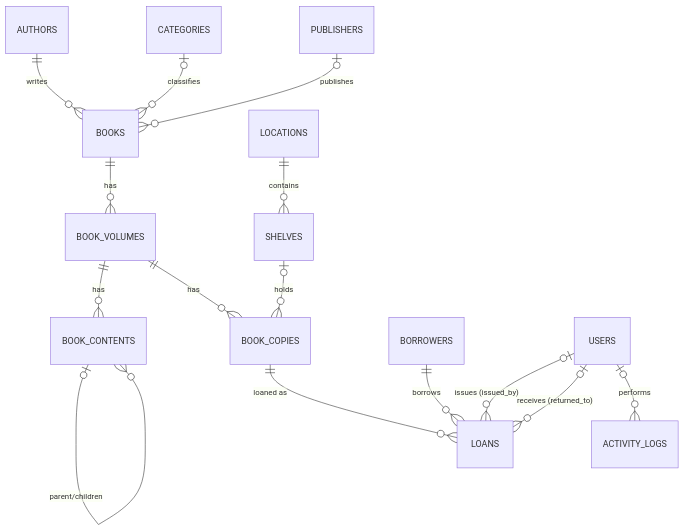
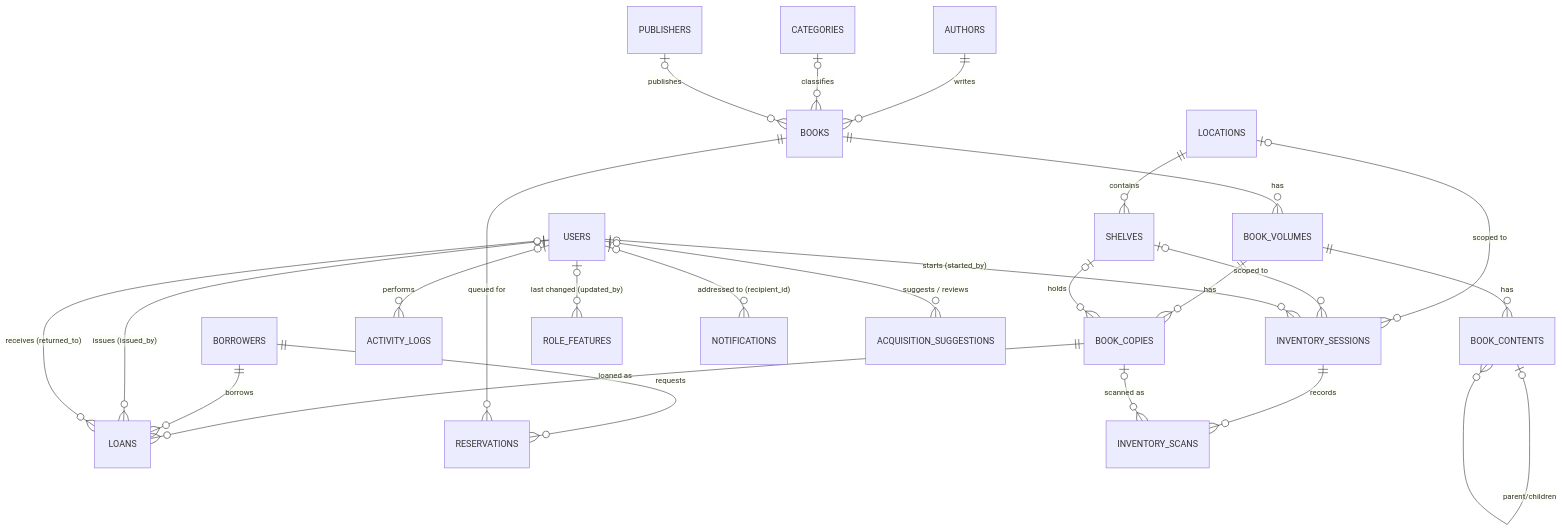
Before and after one commit to a-kabeer/madrasah_library: the diagram in docs/DATABASE.md, drawn with Mermaid. The commit also changed other lines of this file and 56 other files, not shown here.

First line of the commit message:
Audit steps 15-19: WCAG AA in both themes, a loadable schema, a README

````diff
--- a/docs/DATABASE.md
+++ b/docs/DATABASE.md
@@ -22,17 +39,27 @@
 ```mermaid
 erDiagram
     AUTHORS ||--o{ BOOKS : writes
     CATEGORIES |o--o{ BOOKS : classifies
     PUBLISHERS |o--o{ BOOKS : publishes
     BOOKS ||--o{ BOOK_VOLUMES : has
     BOOK_VOLUMES ||--o{ BOOK_CONTENTS : has
     BOOK_CONTENTS |o--o{ BOOK_CONTENTS : "parent/children"
     BOOK_VOLUMES ||--o{ BOOK_COPIES : has
     LOCATIONS ||--o{ SHELVES : contains
     SHELVES |o--o{ BOOK_COPIES : holds
     BOOK_COPIES ||--o{ LOANS : "loaned as"
     BORROWERS ||--o{ LOANS : borrows
     USERS |o--o{ LOANS : "issues (issued_by)"
     USERS |o--o{ LOANS : "receives (returned_to)"
     USERS |o--o{ ACTIVITY_LOGS : performs
+    BORROWERS ||--o{ RESERVATIONS : requests
+    BOOKS ||--o{ RESERVATIONS : "queued for"
+    LOCATIONS |o--o{ INVENTORY_SESSIONS : "scoped to"
+    SHELVES |o--o{ INVENTORY_SESSIONS : "scoped to"
+    INVENTORY_SESSIONS ||--o{ INVENTORY_SCANS : records
+    BOOK_COPIES |o--o{ INVENTORY_SCANS : "scanned as"
+    USERS |o--o{ INVENTORY_SESSIONS : "starts (started_by)"
+    USERS |o--o{ ROLE_FEATURES : "last changed (updated_by)"
+    USERS |o--o{ NOTIFICATIONS : "addressed to (recipient_id)"
+    USERS |o--o{ ACQUISITION_SUGGESTIONS : "suggests / reviews"
 ```
````
